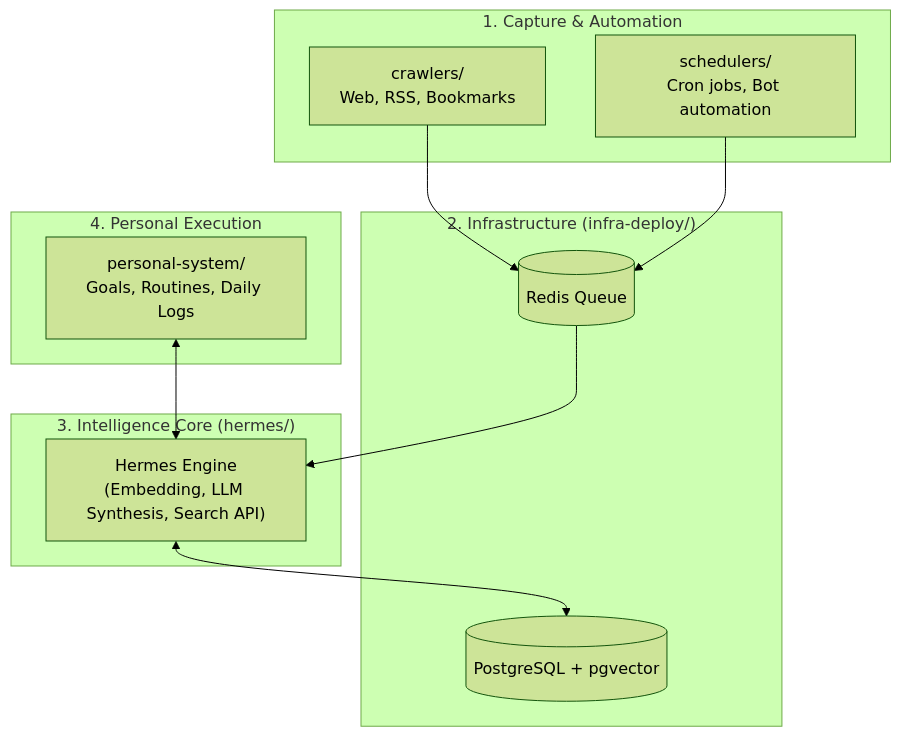
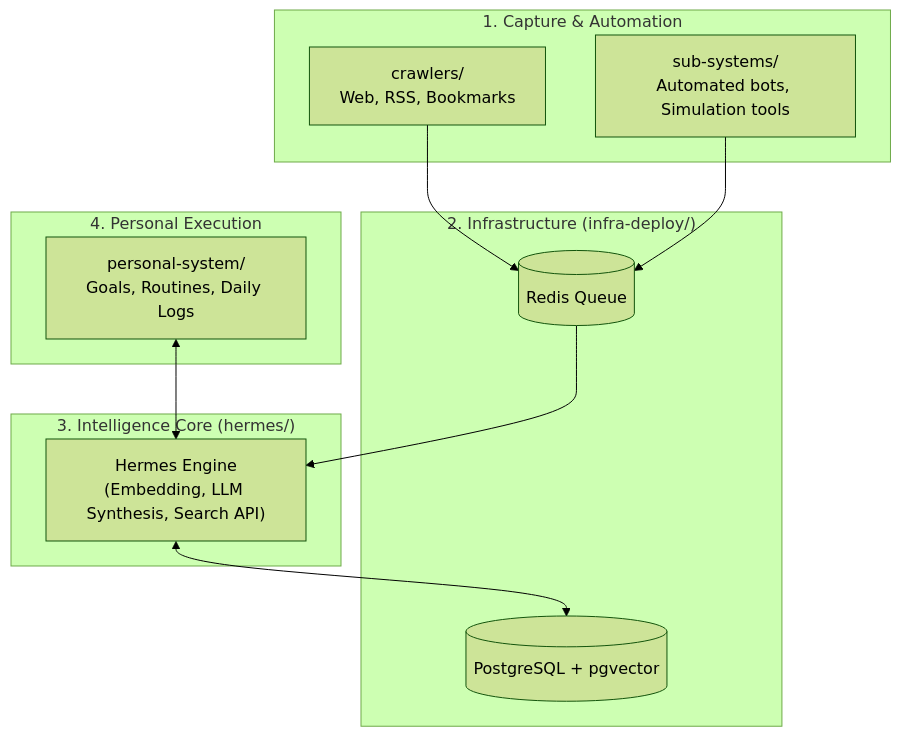
The diagram in README.md (vitorecomp/personal-life-manager), drawn with Mermaid (forest theme) before and after one commit. The commit also changed other lines of this file and 33 other files, not shown here.

````diff
--- a/README.md
+++ b/README.md
@@ -9,26 +9,26 @@
 ```mermaid
 flowchart TD
     subgraph Capture["1. Capture & Automation"]
         CR["crawlers/\nWeb, RSS, Bookmarks"]
-        SCH["schedulers/\nCron jobs, Bot automation"]
+        SCH["sub-systems/\nAutomated bots, Simulation tools"]
     end
 
     subgraph Infrastructure["2. Infrastructure (infra-deploy/)"]
         PG[("PostgreSQL + pgvector")]
         RD[("Redis Queue")]
     end
 
     subgraph Brain["3. Intelligence Core (hermes/)"]
         HERMES["Hermes Engine\n(Embedding, LLM Synthesis, Search API)"]
     end
 
     subgraph LifeOps["4. Personal Execution"]
         PS["personal-system/\nGoals, Routines, Daily Logs"]
     end
 
     CR --> RD
     SCH --> RD
     RD --> HERMES
     HERMES <--> PG
     PS <--> HERMES
 ```
````
